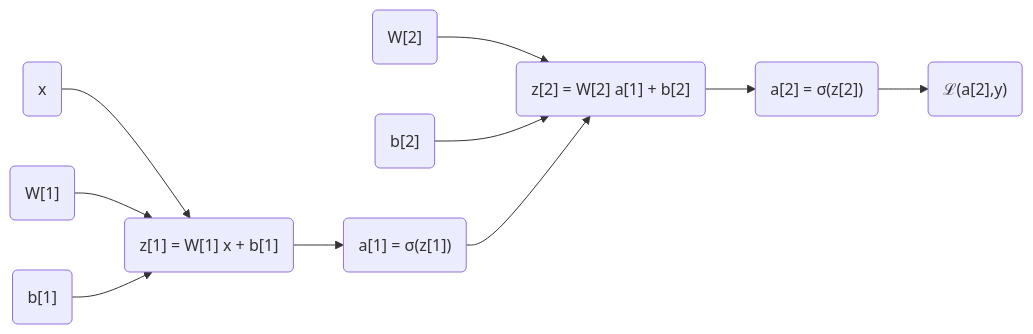
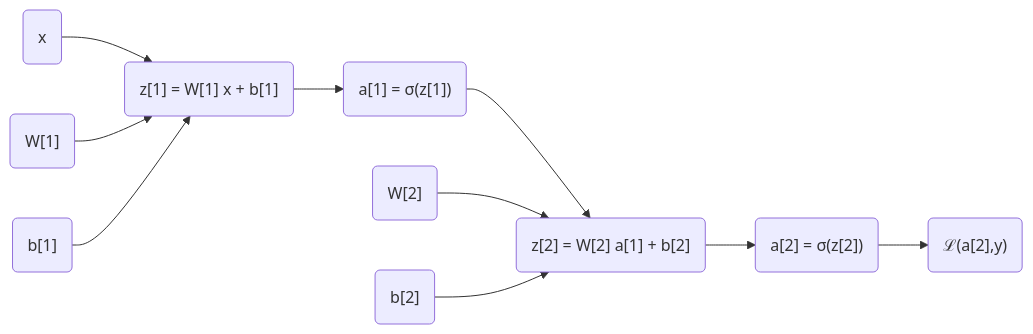
One commit to scottfones/coursera-deep-learning-specialization changed the second of 2 diagrams in 1-neural-networks-and-deep-learning/week-3/README.md. Above: the diagram before and after it, drawn with Mermaid. The commit also changed other lines of this file, not shown here.

Commit message:
attempting to change order of second layer symbols in two layer diagram

````diff
--- a/1-neural-networks-and-deep-learning/week-3/README.md
+++ b/1-neural-networks-and-deep-learning/week-3/README.md
@@ -273,17 +273,17 @@
 ```mermaid
   flowchart LR 
     x("x") --> id1
     w1("W[1]") --> id1
     b1("b[1]") --> id1 
     id1("z[1] = W[1] x + b[1]")
     id2("a[1] = σ(z[1])")
     id1 --> id2
     id3("z[2] = W[2] a[1] + b[2]")
+    id2 --> id3
     w2("W[2]") --> id3
     b2("b[2]") --> id3 
-    id2 --> id3
     id4("a[2] = σ(z[2])")
     id3 --> id4
     id5("ℒ(a[2],y)")
     id4 --> id5
 ```
````
